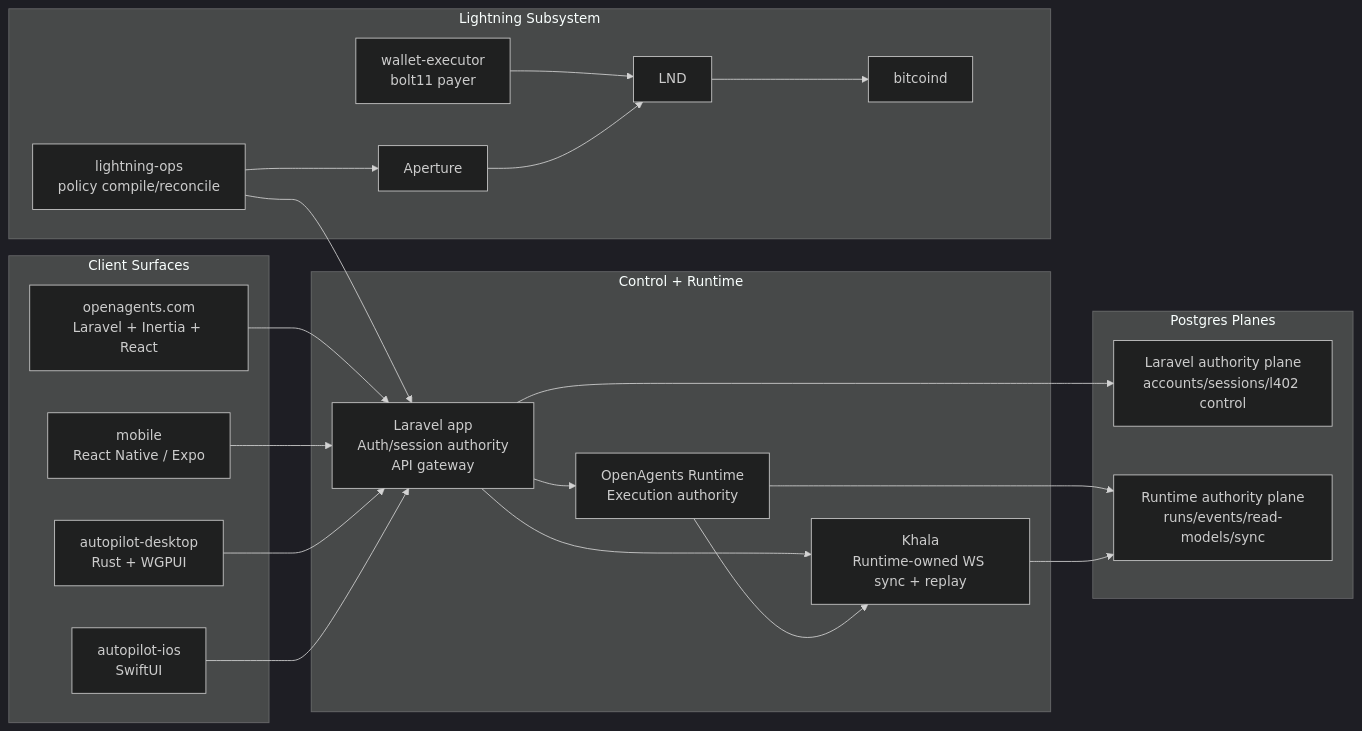
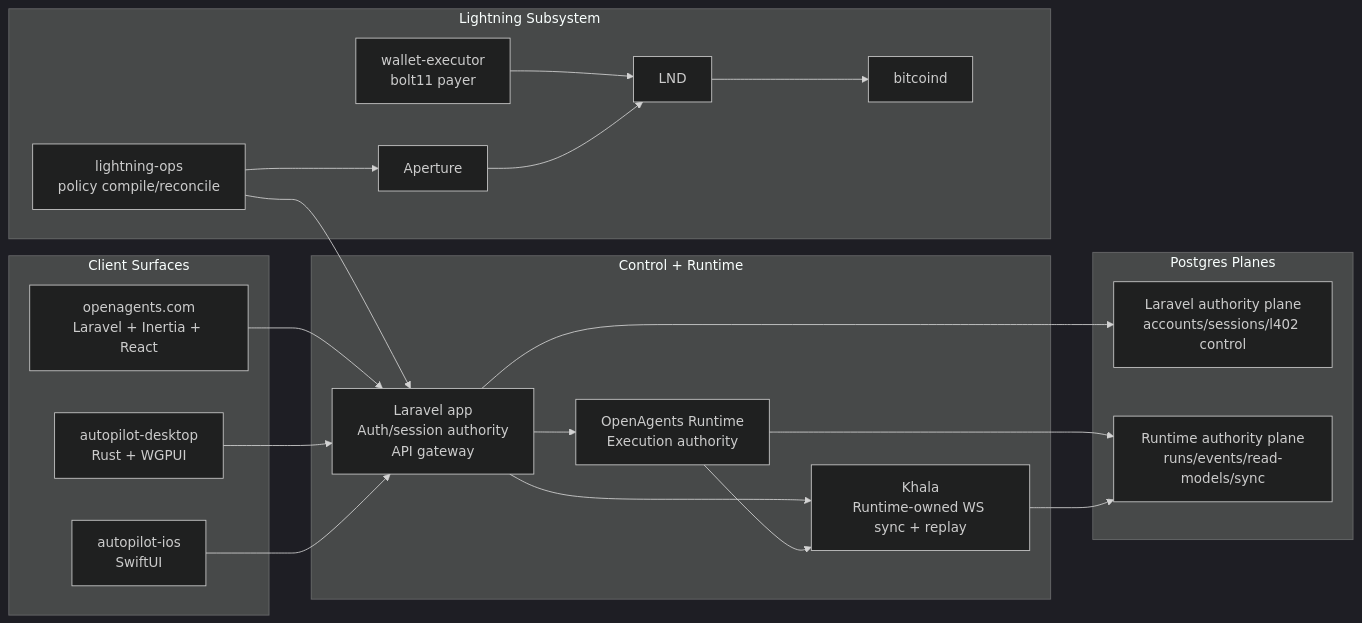
The diagram in docs/ARCHITECTURE.md (OpenAgentsInc/openagents), drawn with Mermaid (dark theme) before and after one commit. The commit also changed other lines of this file and 250 other files, not shown here.

````diff
--- a/docs/ARCHITECTURE.md
+++ b/docs/ARCHITECTURE.md
@@ -30,47 +29,45 @@
 ```mermaid
 flowchart LR
   subgraph clients["Client Surfaces"]
     web["openagents.com\nLaravel + Inertia + React"]
-    mobile["mobile\nReact Native / Expo"]
     autopilotDesktop["autopilot-desktop\nRust + WGPUI"]
     ios["autopilot-ios\nSwiftUI"]
   end
 
   subgraph core["Control + Runtime"]
     laravel["Laravel app\nAuth/session authority\nAPI gateway"]
     runtime["OpenAgents Runtime\nExecution authority"]
     khala["Khala\nRuntime-owned WS sync + replay"]
   end
 
   subgraph db["Postgres Planes"]
     laravelDb["Laravel authority plane\naccounts/sessions/l402 control"]
     runtimeDb["Runtime authority plane\nruns/events/read-models/sync"]
   end
 
   subgraph lightning["Lightning Subsystem"]
     lops["lightning-ops\npolicy compile/reconcile"]
     lwe["wallet-executor\nbolt11 payer"]
     aperture["Aperture"]
     lnd["LND"]
     bitcoind["bitcoind"]
   end
 
   web --> laravel
-  mobile --> laravel
   autopilotDesktop --> laravel
   ios --> laravel
 
   laravel --> runtime
   laravel --> khala
   runtime --> khala
 
   laravel --> laravelDb
   runtime --> runtimeDb
   khala --> runtimeDb
 
   lops --> laravel
   lops --> aperture
   lwe --> lnd
   aperture --> lnd
   lnd --> bitcoind
 ```
````
